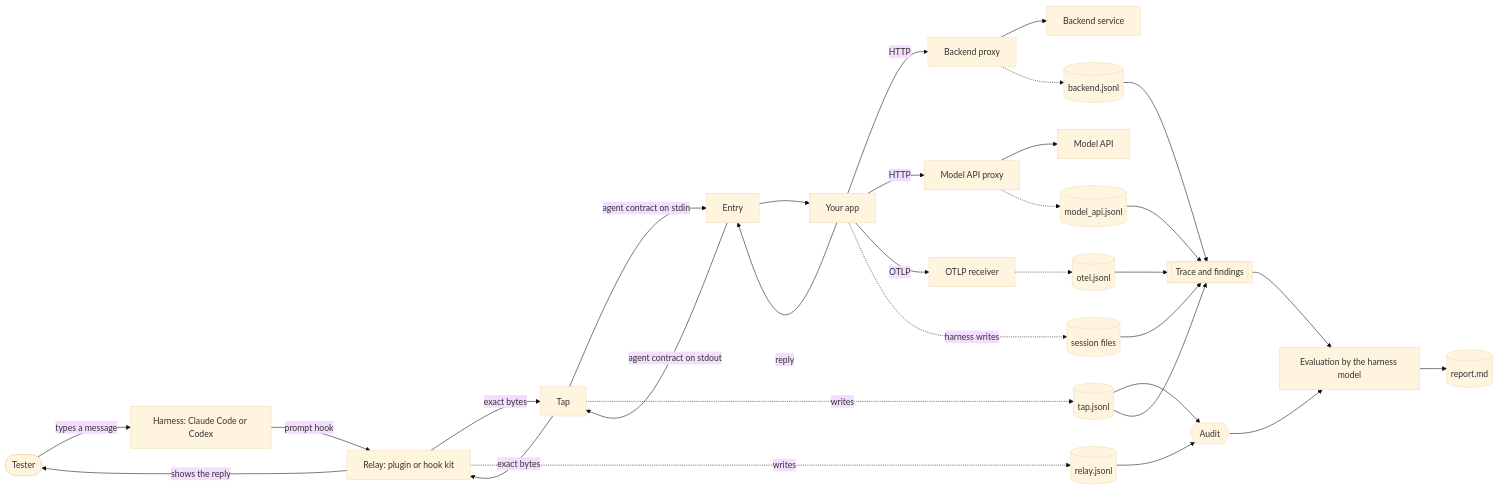
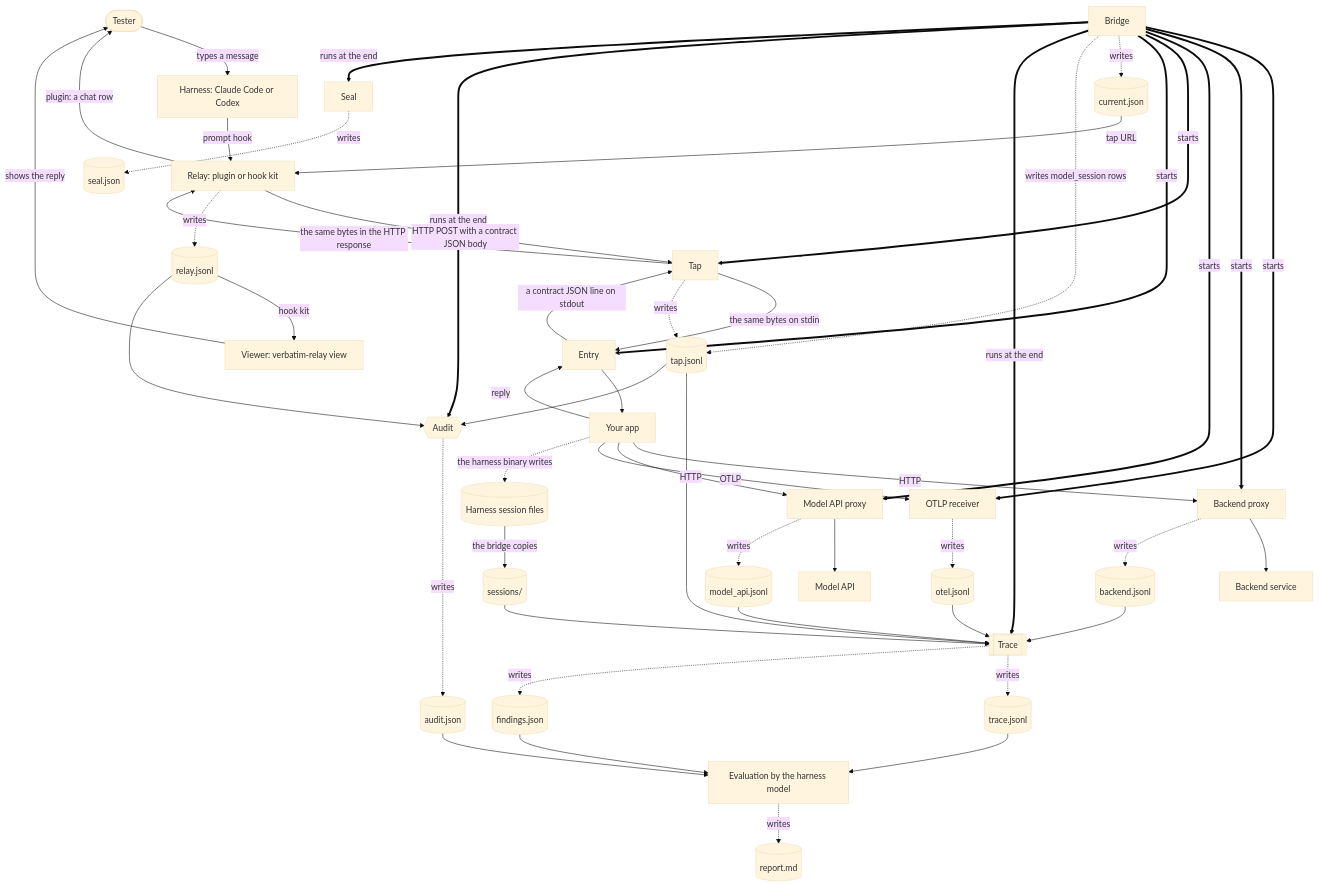
Before and after one commit to mohanraj00/nookku: the first of 4 diagrams in docs/architecture.md, drawn with Mermaid (base theme). The commit also changed other lines of this file and 2 other files, not shown here.

First line of the commit message:
Correct the architecture diagram, and add diagrams for a turn, a test and the trace (#141)

````diff
--- a/docs/architecture.md
+++ b/docs/architecture.md
@@ -11,34 +13,53 @@
 ```mermaid
-flowchart LR
+flowchart TB
     tester([Tester]) -->|types a message| harness[Harness: Claude Code or Codex]
     harness -->|prompt hook| relay[Relay: plugin or hook kit]
-    relay -->|exact bytes| tap[Tap]
-    tap -->|agent contract on stdin| entry[Entry]
+    currentrec[(current.json)] -->|tap URL| relay
+    relay -->|HTTP POST with a contract JSON body| tap[Tap]
+    tap -->|the same bytes on stdin| entry[Entry]
     entry --> app[Your app]
     app -->|reply| entry
-    entry -->|agent contract on stdout| tap
-    tap -->|exact bytes| relay
-    relay -->|shows the reply| tester
+    entry -->|a contract JSON line on stdout| tap
+    tap -->|the same bytes in the HTTP response| relay
+    relay -->|plugin: a chat row| tester
+    relay -.->|writes| relayrec[(relay.jsonl)]
+    relayrec -->|hook kit| viewer[Viewer: verbatim-relay view]
+    viewer -->|shows the reply| tester
+    tap -.->|writes| taprec[(tap.jsonl)]
 
-    relay -.->|writes| relayrec[(relay.jsonl)]
-    tap -.->|writes| taprec[(tap.jsonl)]
-    relayrec --> audit{{Audit}}
-    taprec --> audit
+    bridge[Bridge] ==>|starts| otlp[OTLP receiver]
+    bridge ==>|starts| bproxy[Backend proxy]
+    bridge ==>|starts| mproxy[Model API proxy]
+    bridge ==>|starts| tap
+    bridge ==>|starts| entry
+    bridge -.->|writes| currentrec
+    bridge -.->|writes model_session rows| taprec
 
-    app -->|HTTP| bproxy[Backend proxy] --> backend[Backend service]
-    app -->|HTTP| mproxy[Model API proxy] --> api[Model API]
-    app -->|OTLP| otlp[OTLP receiver]
-    bproxy -.-> backendrec[(backend.jsonl)]
-    mproxy -.-> modelrec[(model_api.jsonl)]
-    otlp -.-> otelrec[(otel.jsonl)]
-    app -.->|harness writes| sessions[(session files)]
+    app -->|HTTP| bproxy --> backend[Backend service]
+    app -->|HTTP| mproxy --> api[Model API]
+    app -->|OTLP| otlp
+    bproxy -.->|writes| backendrec[(backend.jsonl)]
+    mproxy -.->|writes| modelrec[(model_api.jsonl)]
+    otlp -.->|writes| otelrec[(otel.jsonl)]
+    app -.->|the harness binary writes| hsessions[(Harness session files)]
+    hsessions -->|the bridge copies| sessions[(sessions/)]
 
-    taprec --> trace[[Trace and findings]]
+    bridge ==>|runs at the end| trace[[Trace]]
+    bridge ==>|runs at the end| audit{{Audit}}
+    bridge ==>|runs at the end| seal[Seal]
+    taprec --> trace
     sessions --> trace
     backendrec --> trace
     modelrec --> trace
     otelrec --> trace
-    trace --> eval[Evaluation by the harness model]
-    audit --> eval
-    eval --> report[(report.md)]
+    trace -.->|writes| tracerec[(trace.jsonl)]
+    trace -.->|writes| findingsrec[(findings.json)]
+    relayrec --> audit
+    taprec --> audit
+    audit -.->|writes| auditrec[(audit.json)]
+    seal -.->|writes| sealrec[(seal.json)]
+    tracerec --> eval[Evaluation by the harness model]
+    findingsrec --> eval
+    auditrec --> eval
+    eval -.->|writes| report[(report.md)]
 ```
````
